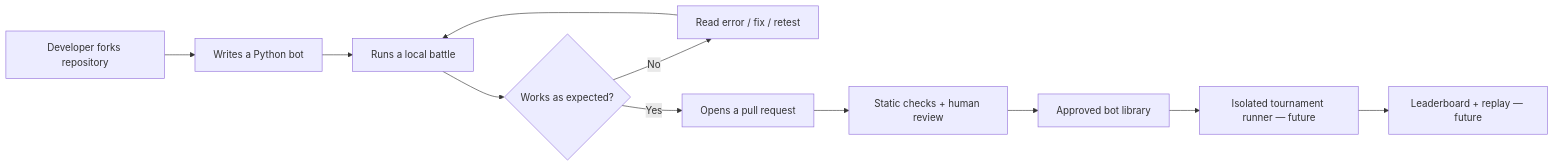
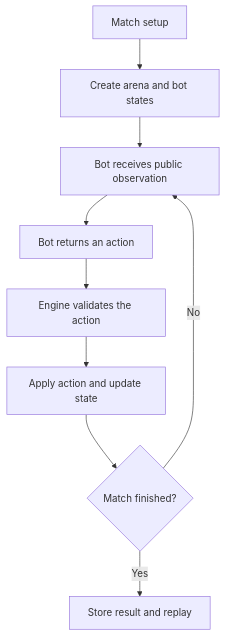
The diagram in README.md (SonicTheLightning/fork-royale), drawn with Mermaid before and after one commit. The commit also changed other lines of this file, not shown here.

````diff
--- a/README.md
+++ b/README.md
@@ -69,13 +104,11 @@
 ```mermaid
-flowchart LR
-    A["Developer forks repository"] --> B["Writes a Python bot"]
-    B --> C["Runs a local battle"]
-    C --> D{"Works as expected?"}
-    D -->|No| E["Read error / fix / retest"]
-    E --> C
-    D -->|Yes| F["Opens a pull request"]
-    F --> G["Static checks + human review"]
-    G --> H["Approved bot library"]
-    H --> I["Isolated tournament runner — future"]
-    I --> J["Leaderboard + replay — future"]
+flowchart TD
+    A[Match setup] --> B[Create arena and bot states]
+    B --> C[Bot receives public observation]
+    C --> D[Bot returns an action]
+    D --> E[Engine validates the action]
+    E --> F[Apply action and update state]
+    F --> G{Match finished?}
+    G -->|No| C
+    G -->|Yes| H[Store result and replay]
 ```
````
